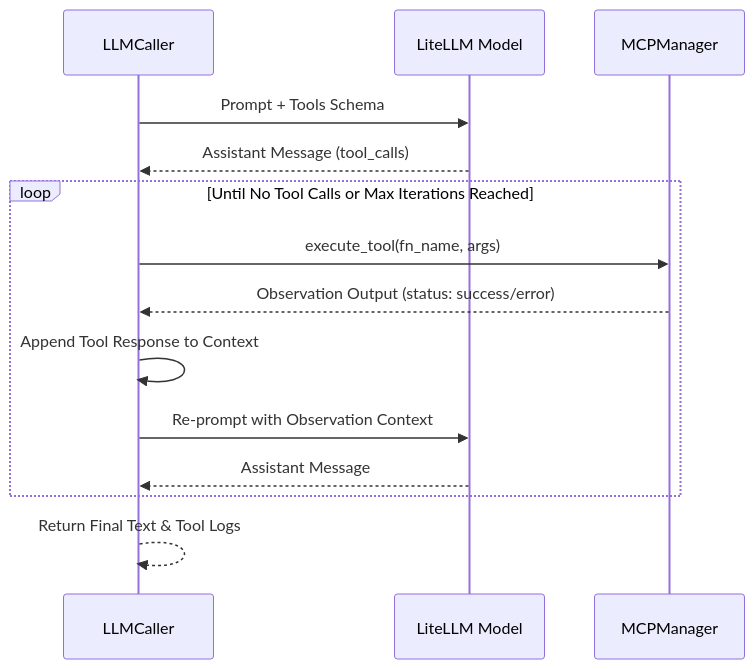
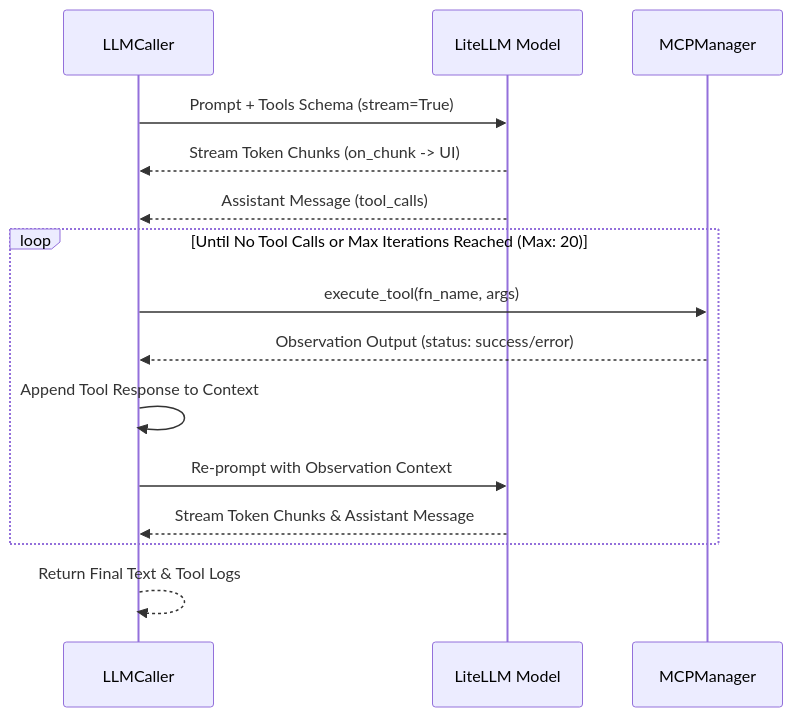
The second of 2 diagrams in wiki/agents/llm-integration.md (HaJaehee/MultiAgentOrchestrator), drawn with Mermaid before and after one commit. The commit also changed other lines of this file and 24 other files, not shown here.

````diff
--- a/wiki/agents/llm-integration.md
+++ b/wiki/agents/llm-integration.md
@@ -39,19 +39,20 @@
 ```mermaid
 sequenceDiagram
     participant Caller as LLMCaller
     participant LLM as LiteLLM Model
     participant MCP as MCPManager
 
-    Caller->>LLM: Prompt + Tools Schema
+    Caller->>LLM: Prompt + Tools Schema (stream=True)
+    LLM-->>Caller: Stream Token Chunks (on_chunk -> UI)
     LLM-->>Caller: Assistant Message (tool_calls)
     
-    loop Until No Tool Calls or Max Iterations Reached
+    loop Until No Tool Calls or Max Iterations Reached (Max: 20)
         Caller->>MCP: execute_tool(fn_name, args)
         MCP-->>Caller: Observation Output (status: success/error)
         Caller->>Caller: Append Tool Response to Context
         Caller->>LLM: Re-prompt with Observation Context
-        LLM-->>Caller: Assistant Message
+        LLM-->>Caller: Stream Token Chunks & Assistant Message
     end
 
     Caller-->>Caller: Return Final Text & Tool Logs
 ```
````
